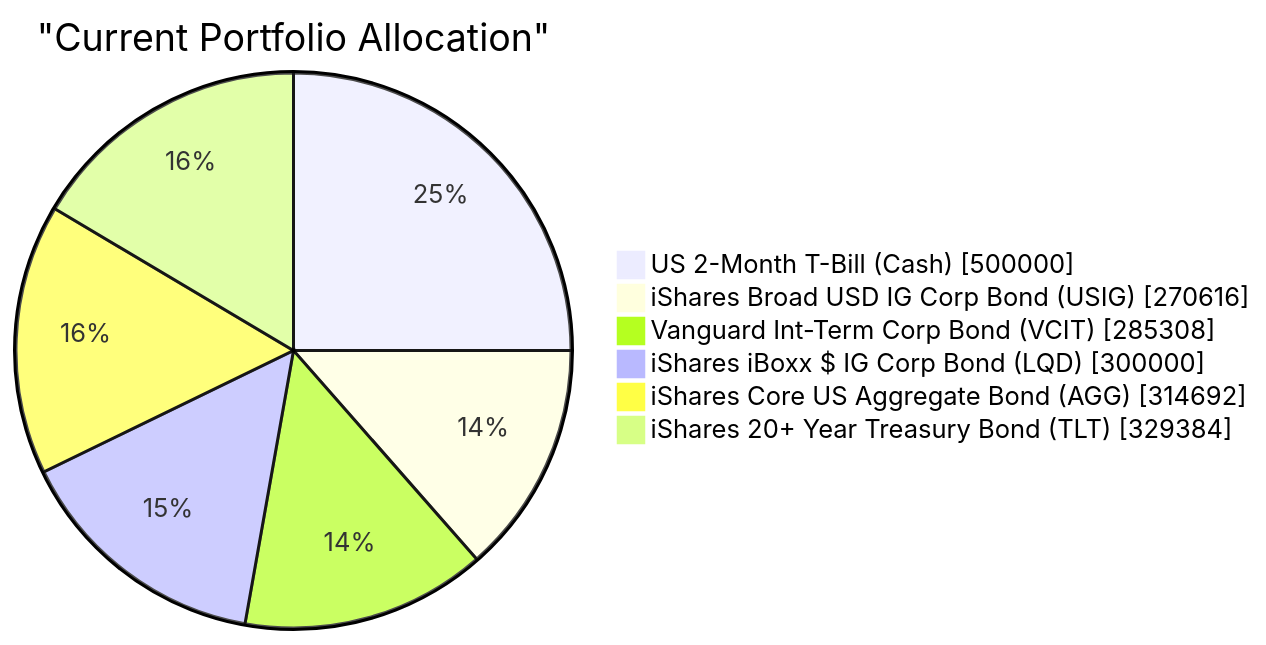
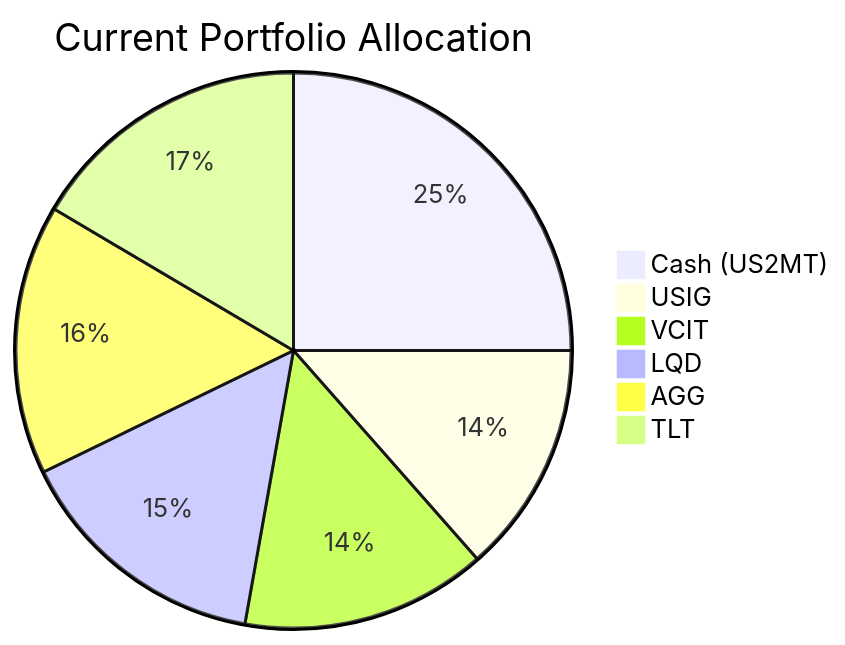
Before and after one commit to roger249/Bot-collaboration: the first of 2 diagrams in docs/sample outputs/client_product_fit_analysis_13.md, drawn with Mermaid. The commit also changed other lines of this file and 16 other files, not shown here.

````diff
--- a/docs/sample outputs/client_product_fit_analysis_13.md
+++ b/docs/sample outputs/client_product_fit_analysis_13.md
@@ -52,10 +41,9 @@
 ```mermaid
-pie showData
-title "Current Portfolio Allocation"
-"US 2-Month T-Bill (Cash)" : 500000
-"iShares Broad USD IG Corp Bond (USIG)" : 270616
-"Vanguard Int-Term Corp Bond (VCIT)" : 285308
-"iShares iBoxx $ IG Corp Bond (LQD)" : 300000
-"iShares Core US Aggregate Bond (AGG)" : 314692
-"iShares 20+ Year Treasury Bond (TLT)" : 329384
+pie title Current Portfolio Allocation
+    "Cash (US2MT)" : 25
+    "USIG" : 13.5
+    "VCIT" : 14.3
+    "LQD" : 15.0
+    "AGG" : 15.7
+    "TLT" : 16.5
 ```
````
